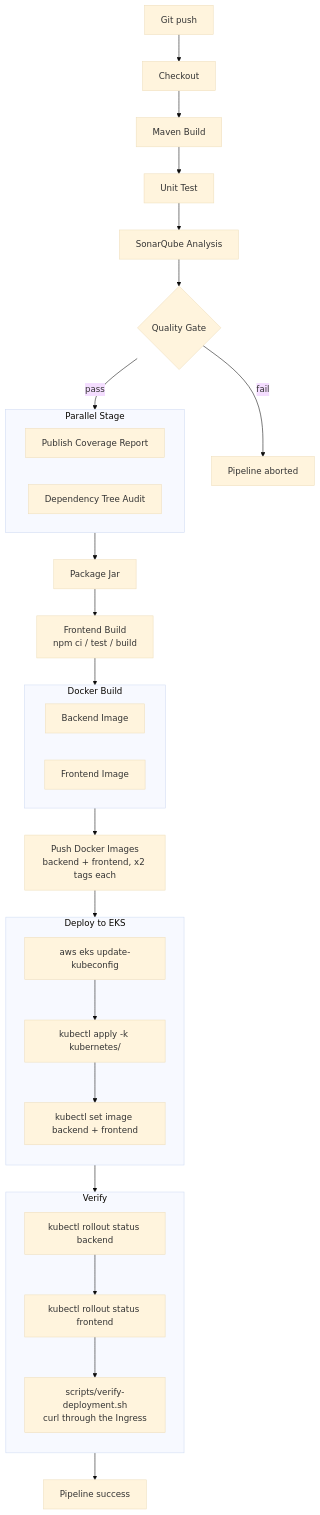
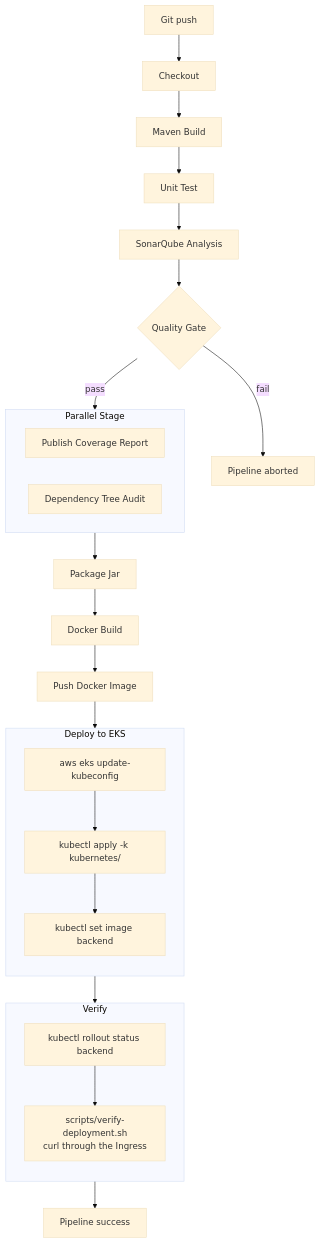
Before and after one commit to srikanth78933/Enterprise-DevOps-Learning-Platform: the first of 2 diagrams in architecture/pipeline-diagram.md, drawn with Mermaid (base theme). The commit also changed other lines of this file and 42 other files, not shown here.

First line of the commit message:
Remove Terraform and frontend deployment; backend-only CD to existing EKS

````diff
--- a/architecture/pipeline-diagram.md
+++ b/architecture/pipeline-diagram.md
@@ -6,47 +6,38 @@
 ```mermaid
 flowchart TD
     A[Git push] --> B[Checkout]
     B --> C[Maven Build]
     C --> D[Unit Test]
     D --> E[SonarQube Analysis]
     E --> F{Quality Gate}
     F -- fail --> X[Pipeline aborted]
     F -- pass --> G[Parallel Stage]
 
     subgraph G[Parallel Stage]
         direction LR
         G1[Publish Coverage Report]
         G2[Dependency Tree Audit]
     end
 
     G --> H[Package Jar]
-    H --> I[Frontend Build<br/>npm ci / test / build]
-    I --> J[Docker Build]
-
-    subgraph J[Docker Build]
-        direction LR
-        J1[Backend Image]
-        J2[Frontend Image]
-    end
-
-    J --> K[Push Docker Images<br/>backend + frontend, x2 tags each]
-    K --> L[Deploy to EKS]
+    H --> I[Docker Build]
+    I --> J[Push Docker Image]
+    J --> L[Deploy to EKS]
     L --> M[Verify]
     M --> N[Pipeline success]
 
     subgraph L[Deploy to EKS]
         direction TB
         L1[aws eks update-kubeconfig]
         L2[kubectl apply -k kubernetes/]
-        L3[kubectl set image backend + frontend]
+        L3[kubectl set image backend]
         L1 --> L2 --> L3
     end
 
     subgraph M[Verify]
         direction TB
         M1[kubectl rollout status backend]
-        M2[kubectl rollout status frontend]
-        M3[scripts/verify-deployment.sh<br/>curl through the Ingress]
-        M1 --> M2 --> M3
+        M2[scripts/verify-deployment.sh<br/>curl through the Ingress]
+        M1 --> M2
     end
 ```
````
